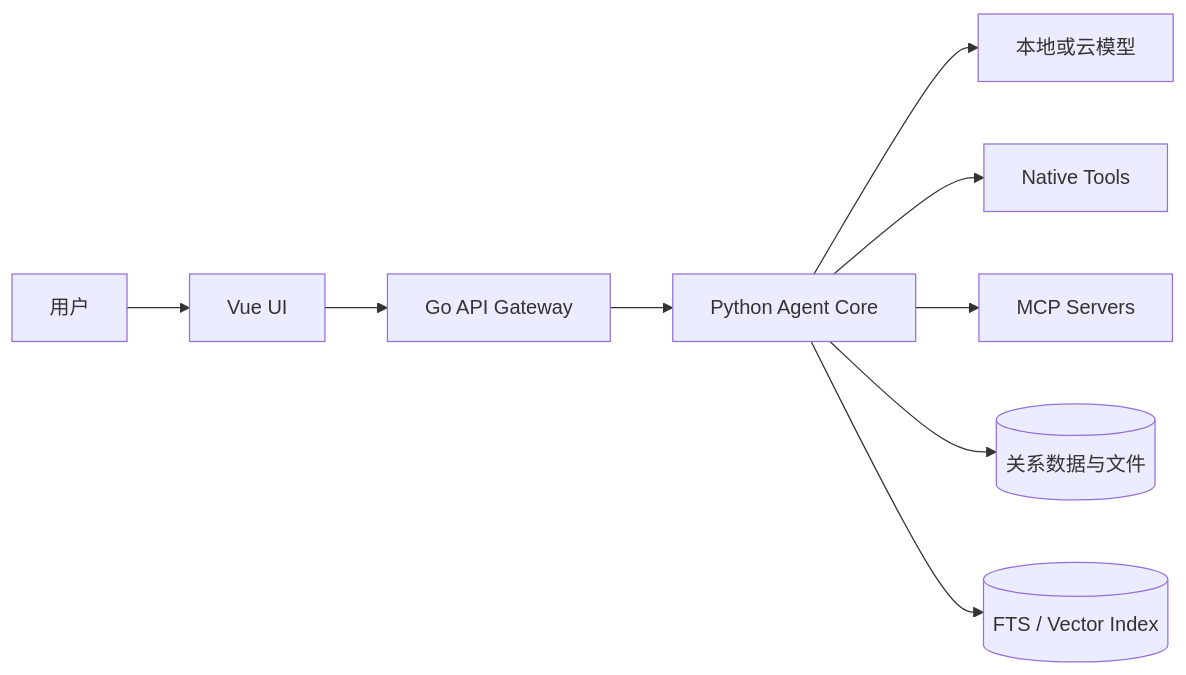
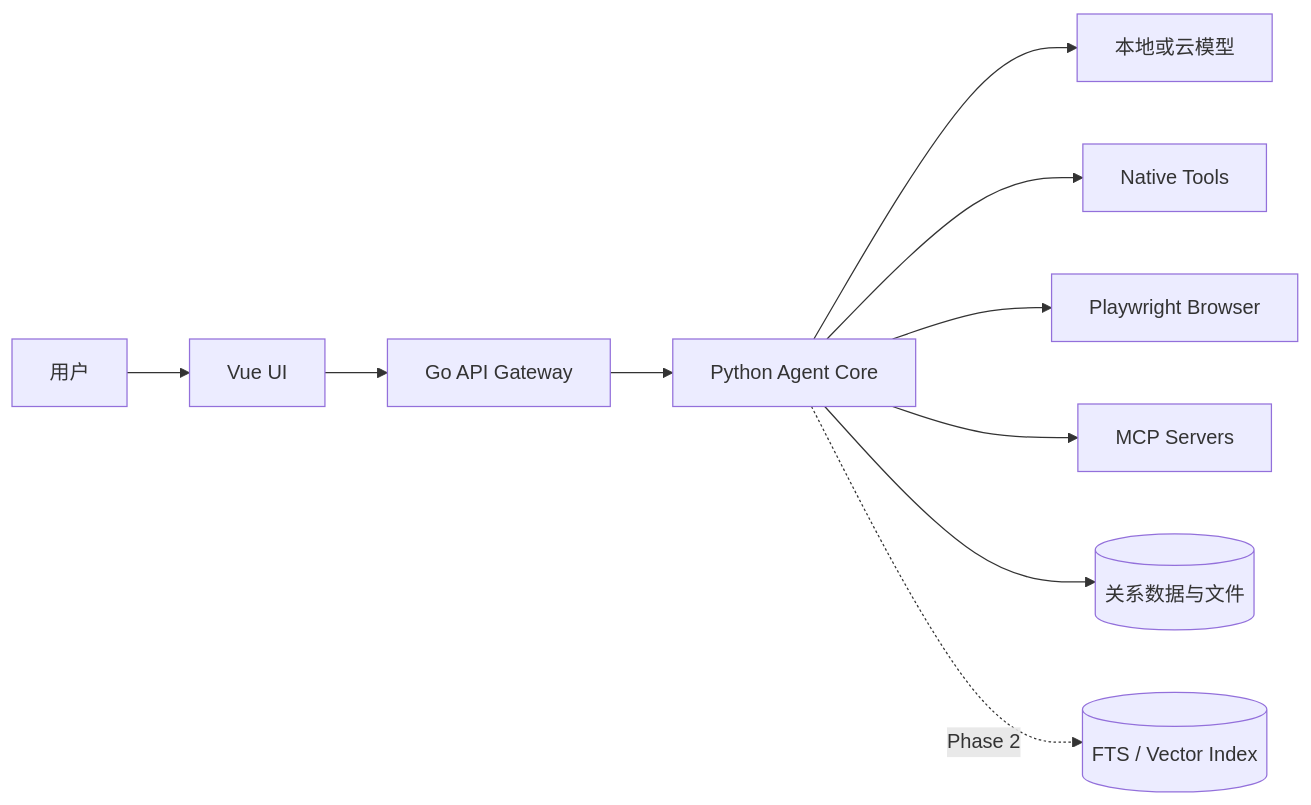
One commit to Mime-AL/MaigoKite changed the first of 2 diagrams in docs/design/SystemDesign.md. Above: the diagram before and after it, drawn with Mermaid. The commit also changed other lines of this file and 104 other files, not shown here.

````diff
--- a/docs/design/SystemDesign.md
+++ b/docs/design/SystemDesign.md
@@ -24,11 +24,12 @@
 ```mermaid
 flowchart LR
     User[用户] --> UI[Vue UI]
     UI --> Gateway[Go API Gateway]
     Gateway --> Core[Python Agent Core]
     Core --> Model[本地或云模型]
     Core --> Native[Native Tools]
+    Core --> Browser[Playwright Browser]
     Core --> MCP[MCP Servers]
     Core --> Data[(关系数据与文件)]
-    Core --> Index[(FTS / Vector Index)]
+    Core -. Phase 2 .-> Index[(FTS / Vector Index)]
 ```
````
